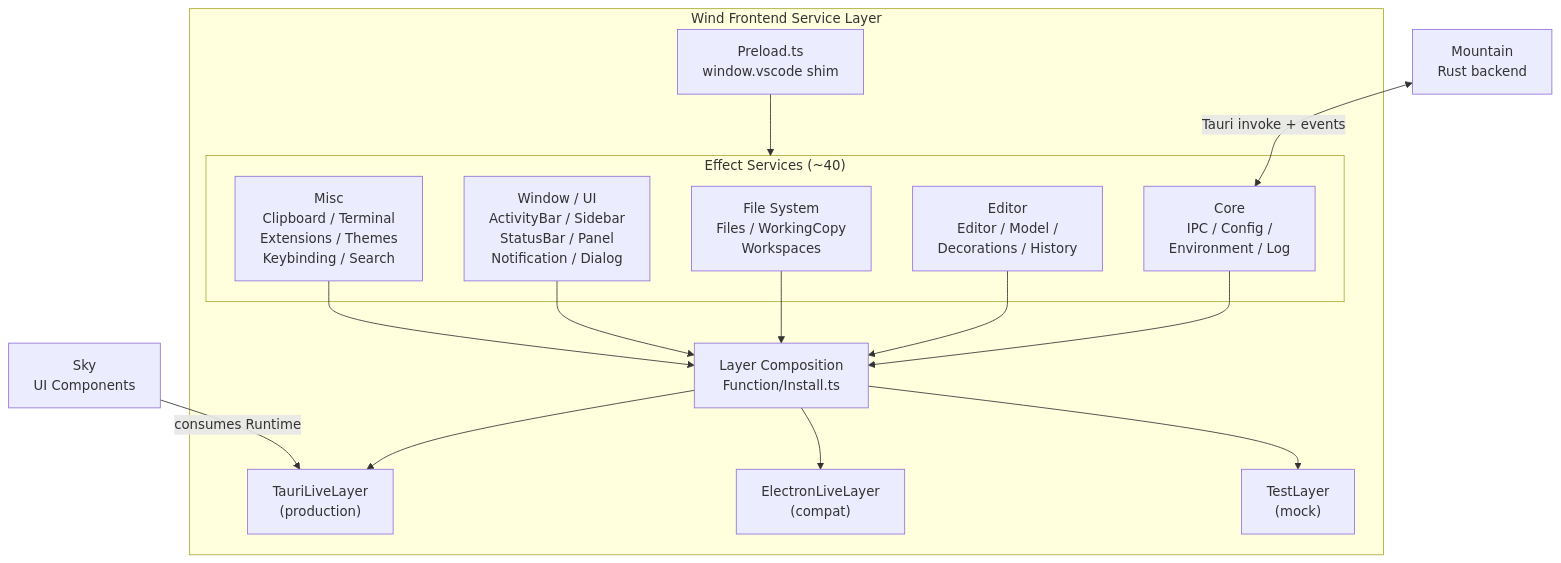
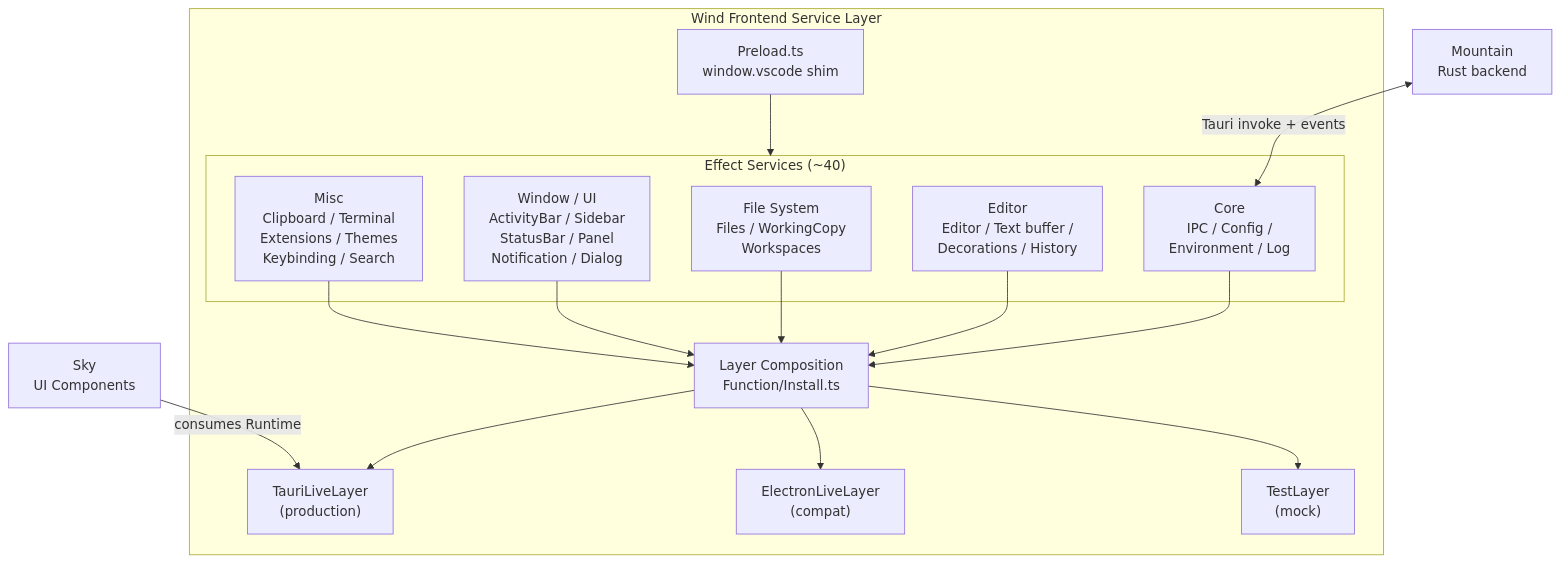
One commit to CodeEditorLand/Wind changed the first of 8 diagrams in Documentation/GitHub/Architecture.md. Above: the diagram before and after it, drawn with Mermaid. The commit also changed other lines of this file and 1 other file, not shown here.

````diff
--- a/Documentation/GitHub/Architecture.md
+++ b/Documentation/GitHub/Architecture.md
@@ -45,28 +45,28 @@
 ```mermaid
 graph TB
     subgraph Wind["Wind Frontend Service Layer"]
         PRELOAD["Preload.ts<br/>window.vscode shim"]
 
         subgraph SERVICES["Effect Services (~40)"]
             CORE["Core<br/>IPC / Config /<br/>Environment / Log"]
-            EDITOR["Editor<br/>Editor / Model /<br/>Decorations / History"]
+            EDITOR["Editor<br/>Editor / Text buffer /<br/>Decorations / History"]
             FS["File System<br/>Files / WorkingCopy<br/>Workspaces"]
             UI["Window / UI<br/>ActivityBar / Sidebar<br/>StatusBar / Panel<br/>Notification / Dialog"]
             MISC["Misc<br/>Clipboard / Terminal<br/>Extensions / Themes<br/>Keybinding / Search"]
         end
 
         LAYERS["Layer Composition<br/>Function/Install.ts"]
         TLT["TauriLiveLayer<br/>(production)"]
         ELT["ElectronLiveLayer<br/>(compat)"]
         TEST["TestLayer<br/>(mock)"]
 
         PRELOAD --> SERVICES
         CORE & EDITOR & FS & UI & MISC --> LAYERS
         LAYERS --> TLT
         LAYERS --> ELT
         LAYERS --> TEST
     end
 
     MOUNTAIN["Mountain<br/>Rust backend"] <-->|"Tauri invoke + events"| CORE
     SKY["Sky<br/>UI Components"] -->|"consumes Runtime"| TLT
 ```
````
